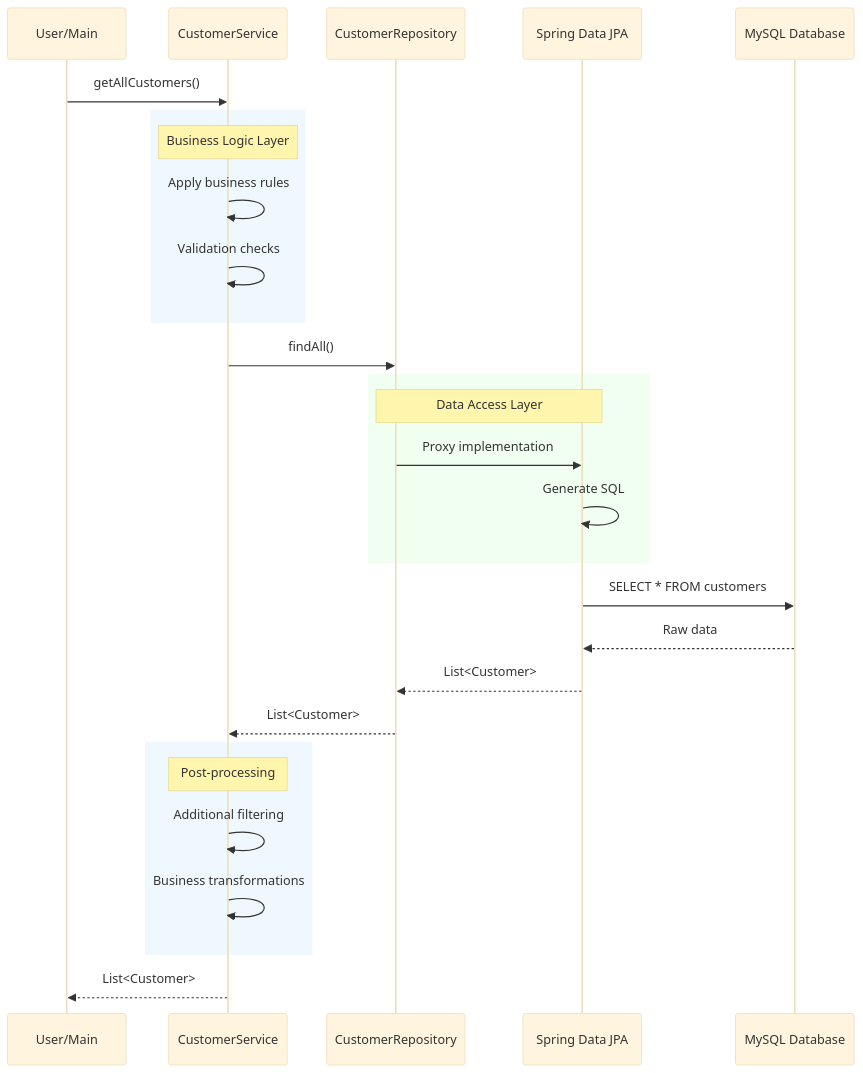
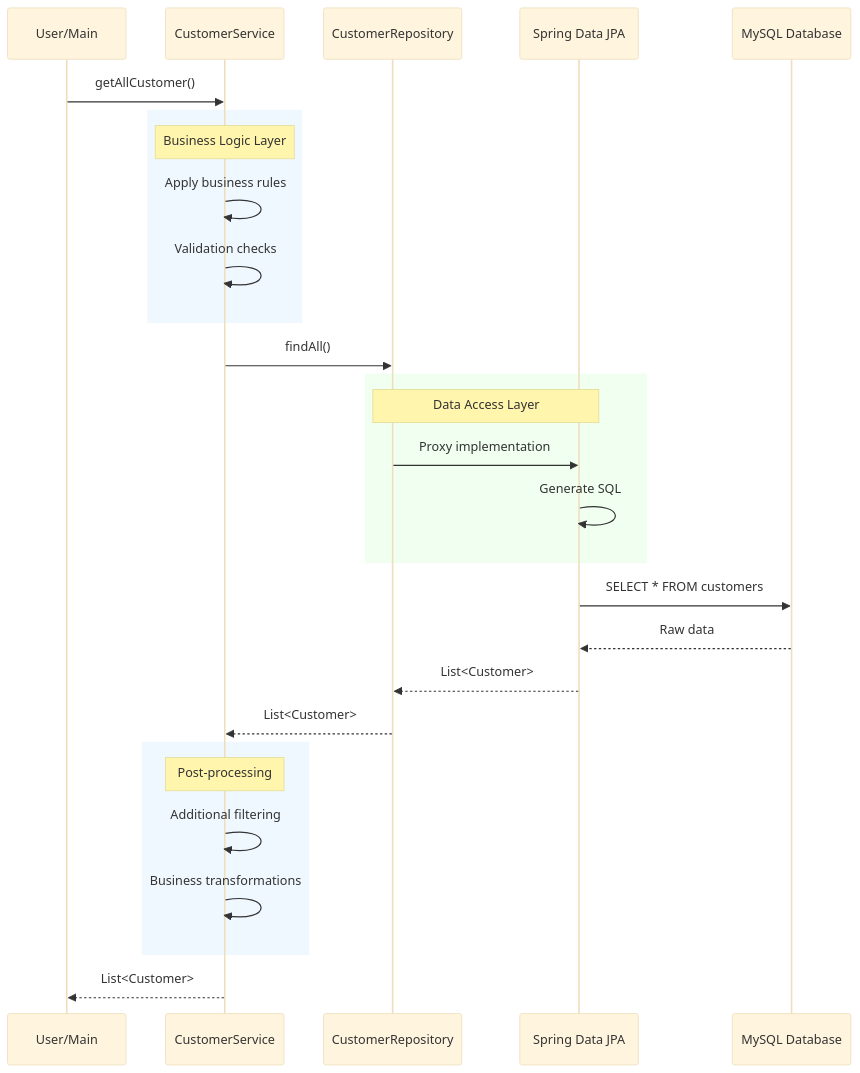
Before and after one commit to stravos97/java-documentation-notes: the eighth of 9 diagrams in 14-spring-boot/day2/Customers Service Layer.md, drawn with Mermaid (base theme). The commit also changed other lines of this file and 5 other files, not shown here.

````diff
--- a/14-spring-boot/day2/Customers Service Layer.md
+++ b/14-spring-boot/day2/Customers Service Layer.md
@@ -417,37 +418,37 @@
 ```mermaid
 sequenceDiagram
     participant User as User/Main
     participant Service as CustomerService
     participant Repo as CustomerRepository
     participant JPA as Spring Data JPA
     participant DB as MySQL Database
     
-    User->>Service: getAllCustomers()
+    User->>Service: getAllCustomer()
     
     rect rgb(240, 248, 255)
         Note over Service: Business Logic Layer
         Service->>Service: Apply business rules
         Service->>Service: Validation checks
     end
     
     Service->>Repo: findAll()
     
     rect rgb(240, 255, 240)
         Note over Repo,JPA: Data Access Layer
         Repo->>JPA: Proxy implementation
         JPA->>JPA: Generate SQL
     end
     
     JPA->>DB: SELECT * FROM customers
     DB-->>JPA: Raw data
     JPA-->>Repo: List<Customer>
     Repo-->>Service: List<Customer>
     
     rect rgb(240, 248, 255)
         Note over Service: Post-processing
         Service->>Service: Additional filtering
         Service->>Service: Business transformations
     end
     
     Service-->>User: List<Customer>
 ```
````
